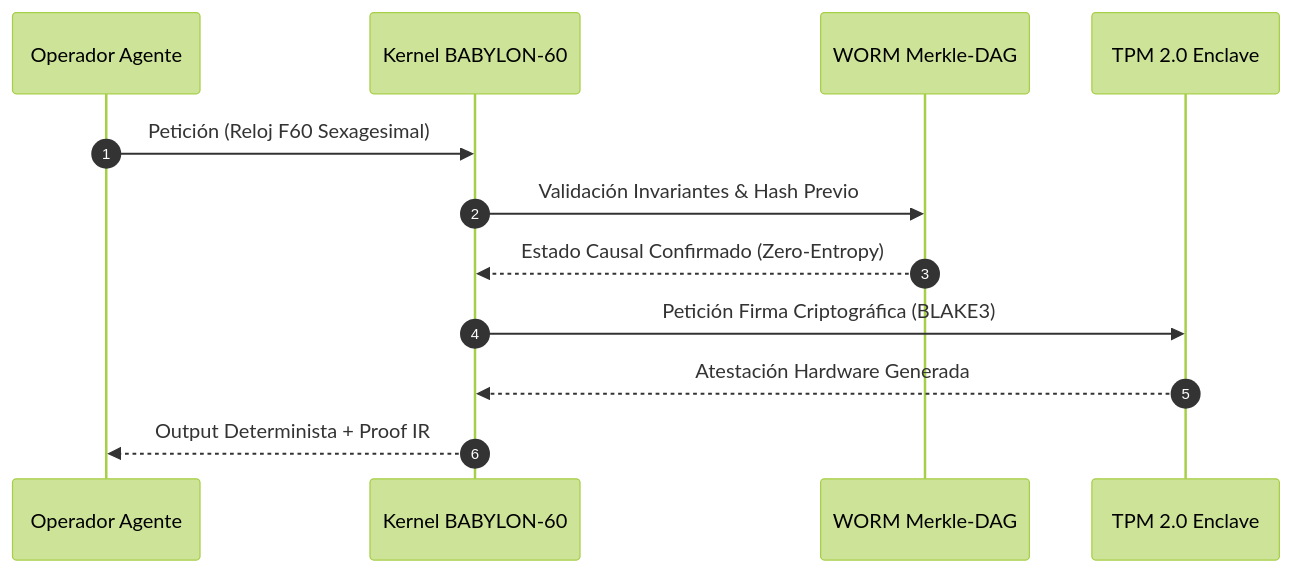
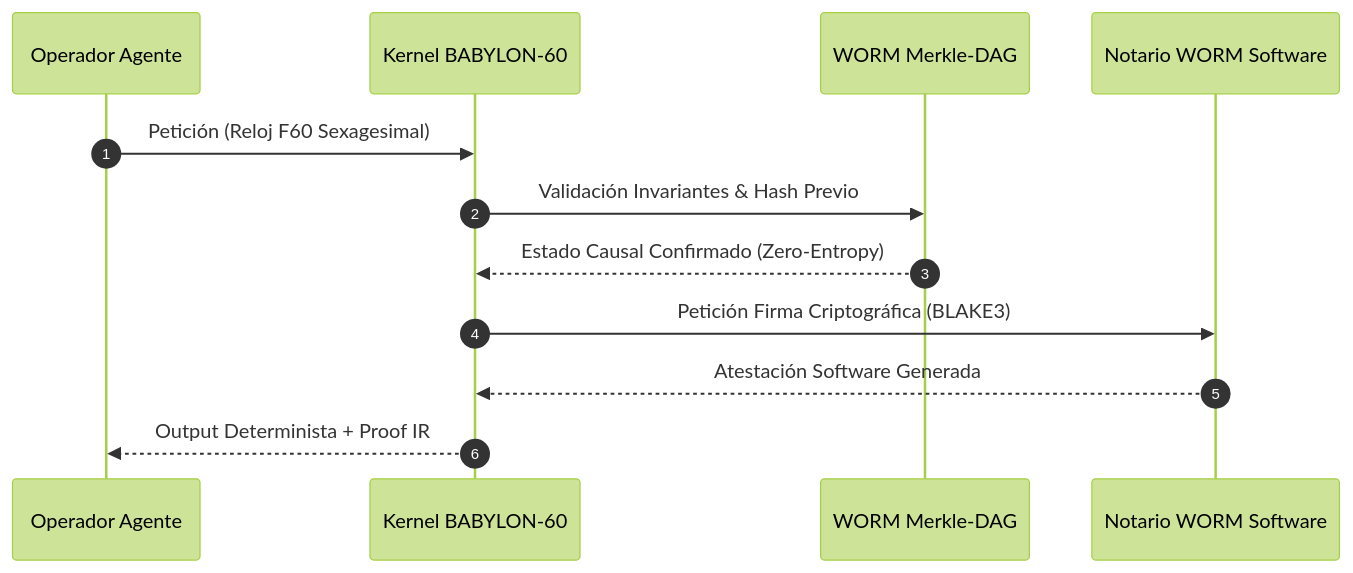
Before and after one commit to borjamoskv/BABYLON-60: the first of 2 diagrams in docs/audits/certificates/COMPLIANCE_CERTIFICATE_ES.md, drawn with Mermaid (forest theme). The commit also changed other lines of this file and 7 other files, not shown here.

Commit message:
[AX-4] EPISTEMOLOGY: Sincronización topológica — Purga de afirmaciones TPM 2.0 en diagramas, certificados internacionales y whitepapers, alineando todo el ecosistema al WORM de software real

````diff
--- a/docs/audits/certificates/COMPLIANCE_CERTIFICATE_ES.md
+++ b/docs/audits/certificates/COMPLIANCE_CERTIFICATE_ES.md
@@ -34,15 +34,15 @@
 ```mermaid
 sequenceDiagram
     autonumber
     participant OP as Operador Agente
     participant B60 as Kernel BABYLON-60
     participant DAG as WORM Merkle-DAG
-    participant TPM as TPM 2.0 Enclave
+    participant TPM as Notario WORM Software
     
     OP->>B60: Petición (Reloj F60 Sexagesimal)
     B60->>DAG: Validación Invariantes & Hash Previo
     DAG-->>B60: Estado Causal Confirmado (Zero-Entropy)
     B60->>TPM: Petición Firma Criptográfica (BLAKE3)
-    TPM-->>B60: Atestación Hardware Generada
+    TPM-->>B60: Atestación Software Generada
     B60-->>OP: Output Determinista + Proof IR
 ```
````
